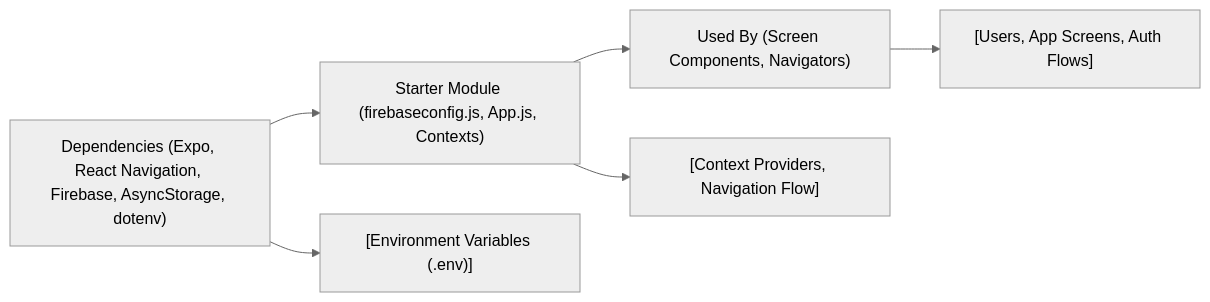
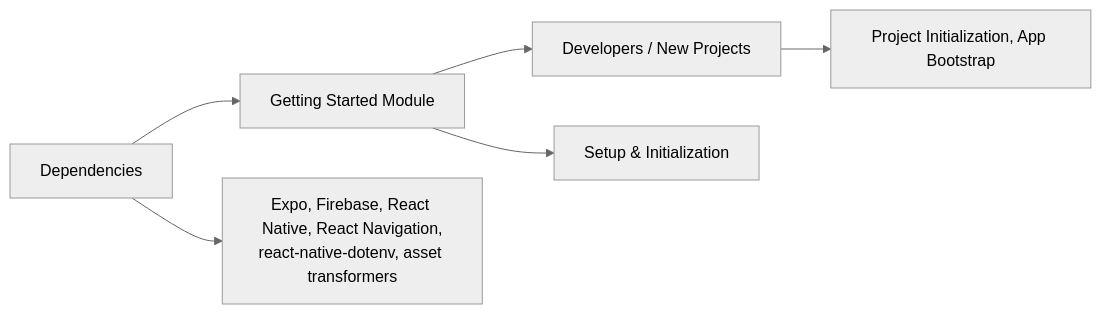
One commit to lucasboucher/Expo-Firebase-Boiler-Plate-2 changed the diagram in .shelfya/starter/getting-started.md. Above: the diagram before and after it, drawn with Mermaid (neutral theme). The commit also changed other lines of this file and 7 other files, not shown here.

````diff
--- a/.shelfya/starter/getting-started.md
+++ b/.shelfya/starter/getting-started.md
@@ -62,7 +48,13 @@
 ```mermaid
 flowchart LR
-  dependencies["Dependencies (Expo, React Navigation, Firebase, AsyncStorage, dotenv)"] --> thisModule["Starter Module (firebaseconfig.js, App.js, Contexts)"] --> usedBy["Used By (Screen Components, Navigators)"]
-  dependencies --> details["[Environment Variables (.env)]"]
-  thisModule --> process["[Context Providers, Navigation Flow]"]
-  usedBy --> consumers["[Users, App Screens, Auth Flows]"]
+  dependencies["Dependencies"]
+  thisModule["Getting Started Module"]
+  usedBy["Developers / New Projects"]
+
+  dependencies --> thisModule
+  dependencies --> details["Expo, Firebase, React Native, React Navigation,\nreact-native-dotenv, asset transformers"]
+  thisModule --> process["Setup & Initialization"]
+  usedBy --> consumers["Project Initialization, App Bootstrap"]
+
+  thisModule --> usedBy
 ```
````
